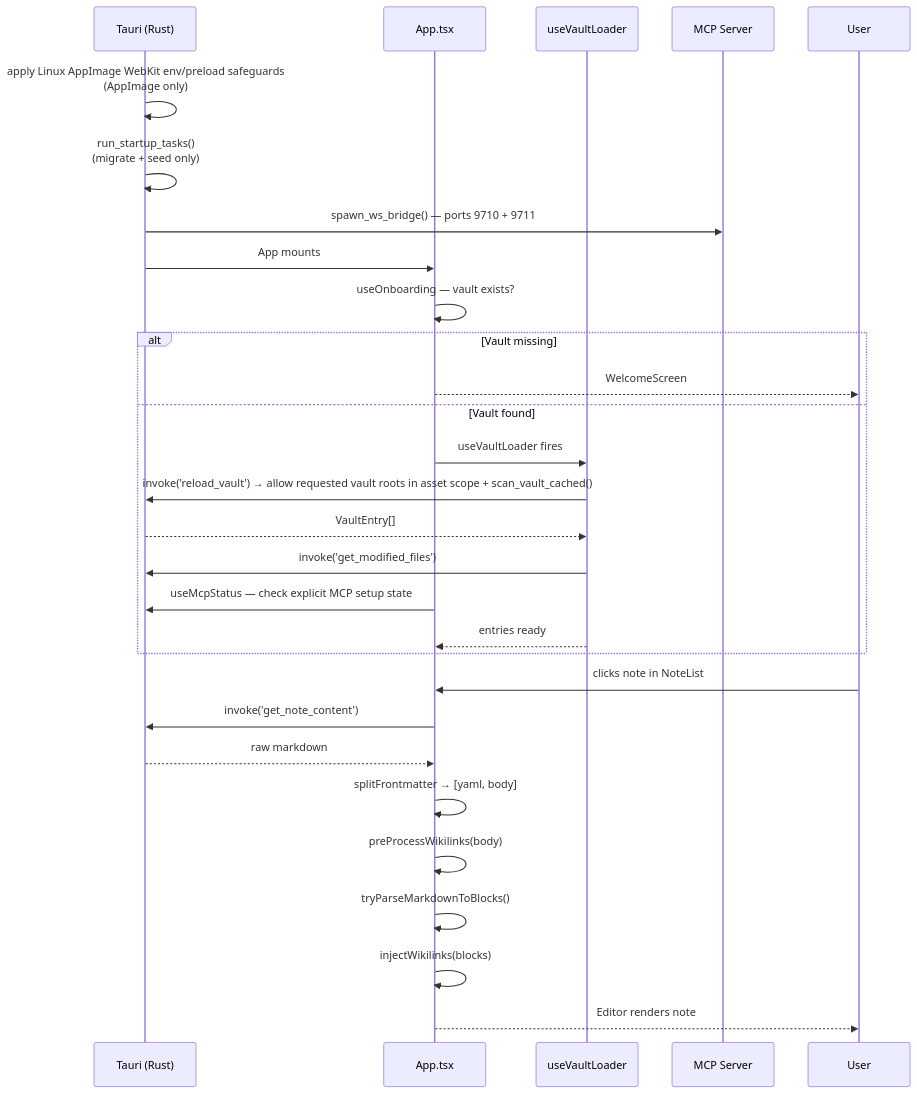
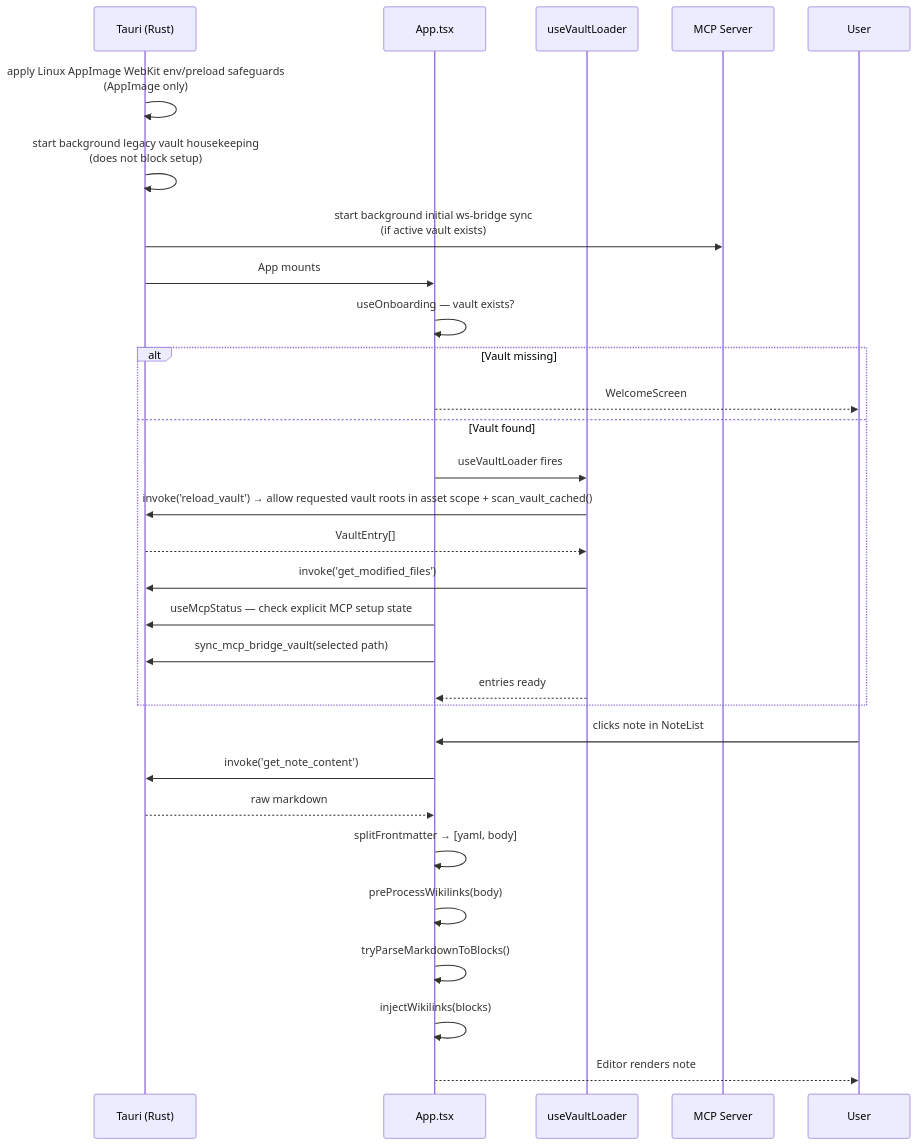
One commit to aimeritething/Fuwa changed the seventh of 10 diagrams in docs/ARCHITECTURE.md. Above: the diagram before and after it, drawn with Mermaid. The commit also changed other lines of this file and 1 other file, not shown here.

Commit message:
fix: keep macos startup responsive

````diff
--- a/docs/ARCHITECTURE.md
+++ b/docs/ARCHITECTURE.md
@@ -535,34 +537,35 @@
 ```mermaid
 sequenceDiagram
     participant T as Tauri (Rust)
     participant A as App.tsx
     participant VL as useVaultLoader
     participant MCP as MCP Server
     participant U as User
 
     T->>T: apply Linux AppImage WebKit env/preload safeguards<br/>(AppImage only)
-    T->>T: run_startup_tasks()<br/>(migrate + seed only)
-    T->>MCP: spawn_ws_bridge() — ports 9710 + 9711
+    T->>T: start background legacy vault housekeeping<br/>(does not block setup)
+    T->>MCP: start background initial ws-bridge sync<br/>(if active vault exists)
     T->>A: App mounts
 
     A->>A: useOnboarding — vault exists?
     alt Vault missing
         A-->>U: WelcomeScreen
     else Vault found
         A->>VL: useVaultLoader fires
         VL->>T: invoke('reload_vault') → allow requested vault roots in asset scope + scan_vault_cached()
         T-->>VL: VaultEntry[]
         VL->>T: invoke('get_modified_files')
         A->>T: useMcpStatus — check explicit MCP setup state
+        A->>T: sync_mcp_bridge_vault(selected path)
         VL-->>A: entries ready
     end
 
     U->>A: clicks note in NoteList
     A->>T: invoke('get_note_content')
     T-->>A: raw markdown
     A->>A: splitFrontmatter → [yaml, body]
     A->>A: preProcessWikilinks(body)
     A->>A: tryParseMarkdownToBlocks()
     A->>A: injectWikilinks(blocks)
     A-->>U: Editor renders note
 ```
````
